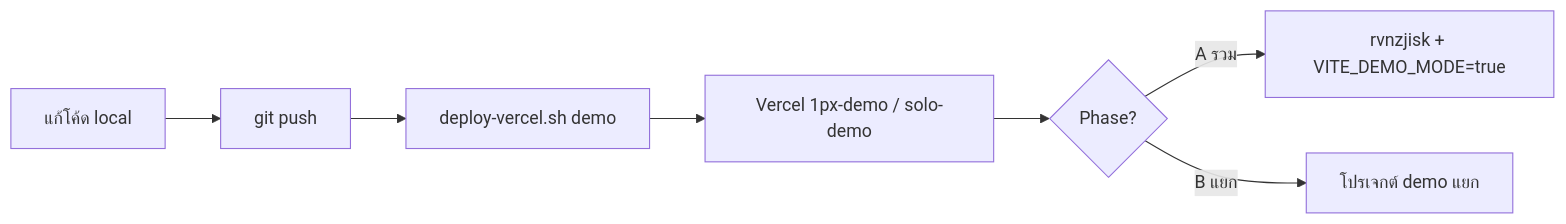
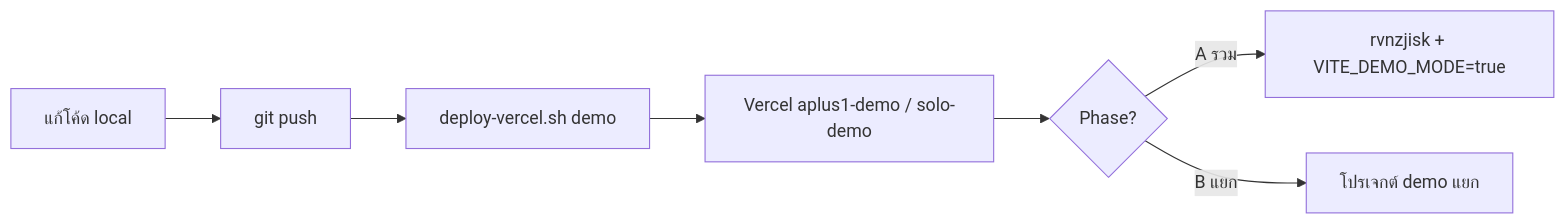
Before and after one commit to passawutaplus/AunAun: the first of 2 diagrams in docs/ecosystem-deploy-policy.md, drawn with Mermaid. The commit also changed other lines of this file and 245 other files, not shown here.

````diff
--- a/docs/ecosystem-deploy-policy.md
+++ b/docs/ecosystem-deploy-policy.md
@@ -86,9 +86,9 @@
 ```mermaid
 flowchart LR
   dev[แก้โค้ด local] --> commit[git push]
   commit --> demoDeploy["deploy-vercel.sh demo"]
-  demoDeploy --> vercelDemo["Vercel 1px-demo / solo-demo"]
+  demoDeploy --> vercelDemo["Vercel aplus1-demo / solo-demo"]
   vercelDemo --> dbChoice{Phase?}
   dbChoice -->|A รวม| prodDB["rvnzjisk + VITE_DEMO_MODE=true"]
   dbChoice -->|B แยก| demoDB["โปรเจกต์ demo แยก"]
 ```
````
